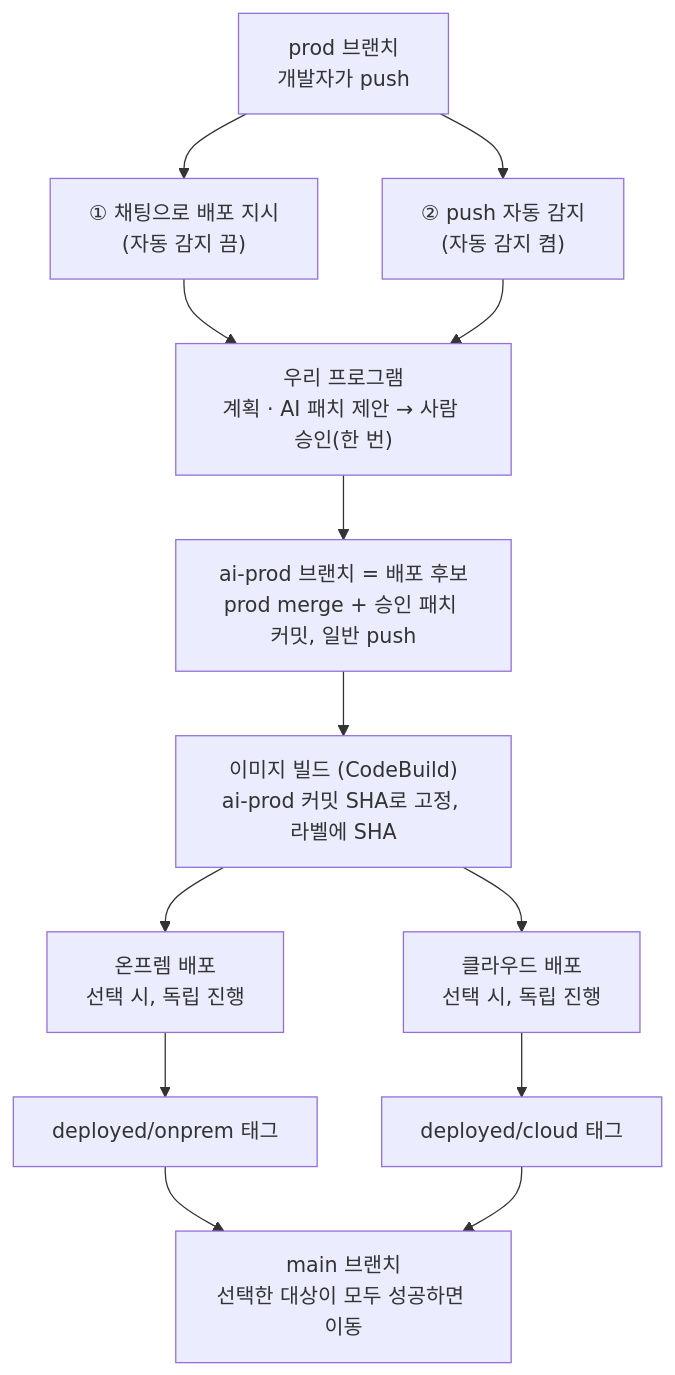
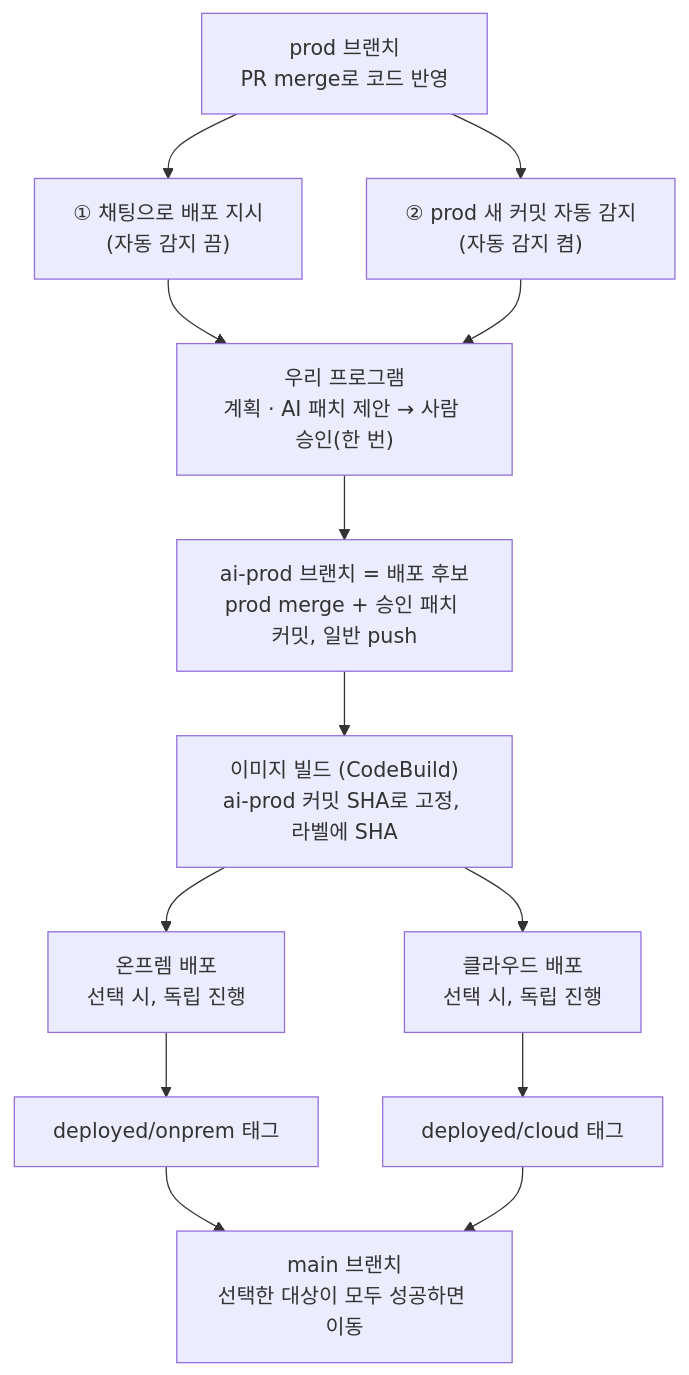
One commit to 2026-Gerbera/gerbera-deploy-ai changed the diagram in single-app/dev-docs/roles/00_10월1일-변경사항.md. Above: the diagram before and after it, drawn with Mermaid. The commit also changed other lines of this file and 17 other files, not shown here.

````diff
--- a/single-app/dev-docs/roles/00_10월1일-변경사항.md
+++ b/single-app/dev-docs/roles/00_10월1일-변경사항.md
@@ -9,15 +9,15 @@
 ```mermaid
 flowchart TD
-    A["prod 브랜치<br/>개발자가 push"] --> B1["① 채팅으로 배포 지시<br/>(자동 감지 끔)"]
-    A --> B2["② push 자동 감지<br/>(자동 감지 켬)"]
+    A["prod 브랜치<br/>PR merge로 코드 반영"] --> B1["① 채팅으로 배포 지시<br/>(자동 감지 끔)"]
+    A --> B2["② prod 새 커밋 자동 감지<br/>(자동 감지 켬)"]
     B1 --> C["우리 프로그램<br/>계획 · AI 패치 제안 → 사람 승인(한 번)"]
     B2 --> C
     C --> D["ai-prod 브랜치 = 배포 후보<br/>prod merge + 승인 패치 커밋, 일반 push"]
     D --> E["이미지 빌드 (CodeBuild)<br/>ai-prod 커밋 SHA로 고정, 라벨에 SHA"]
     E --> F1["온프렘 배포<br/>선택 시, 독립 진행"]
     E --> F2["클라우드 배포<br/>선택 시, 독립 진행"]
     F1 --> G1["deployed/onprem 태그"]
     F2 --> G2["deployed/cloud 태그"]
     G1 --> H["main 브랜치<br/>선택한 대상이 모두 성공하면 이동"]
     G2 --> H
 ```
````
